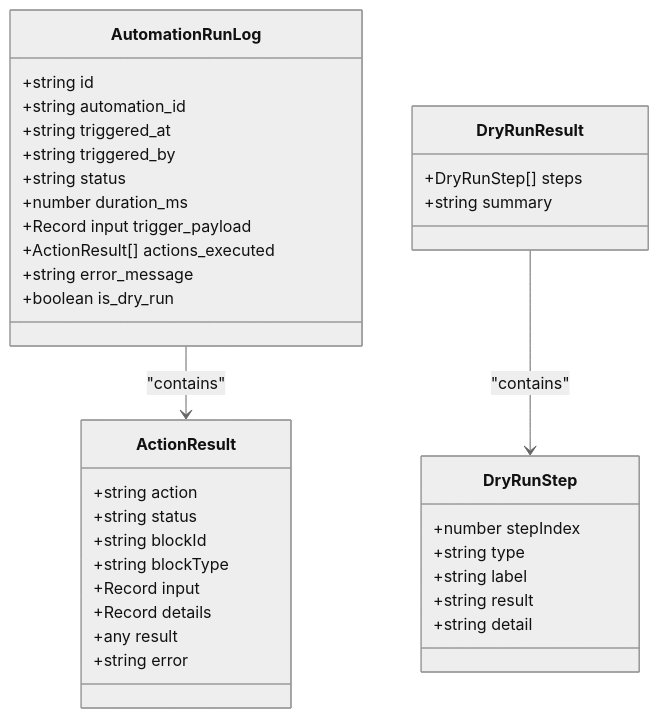
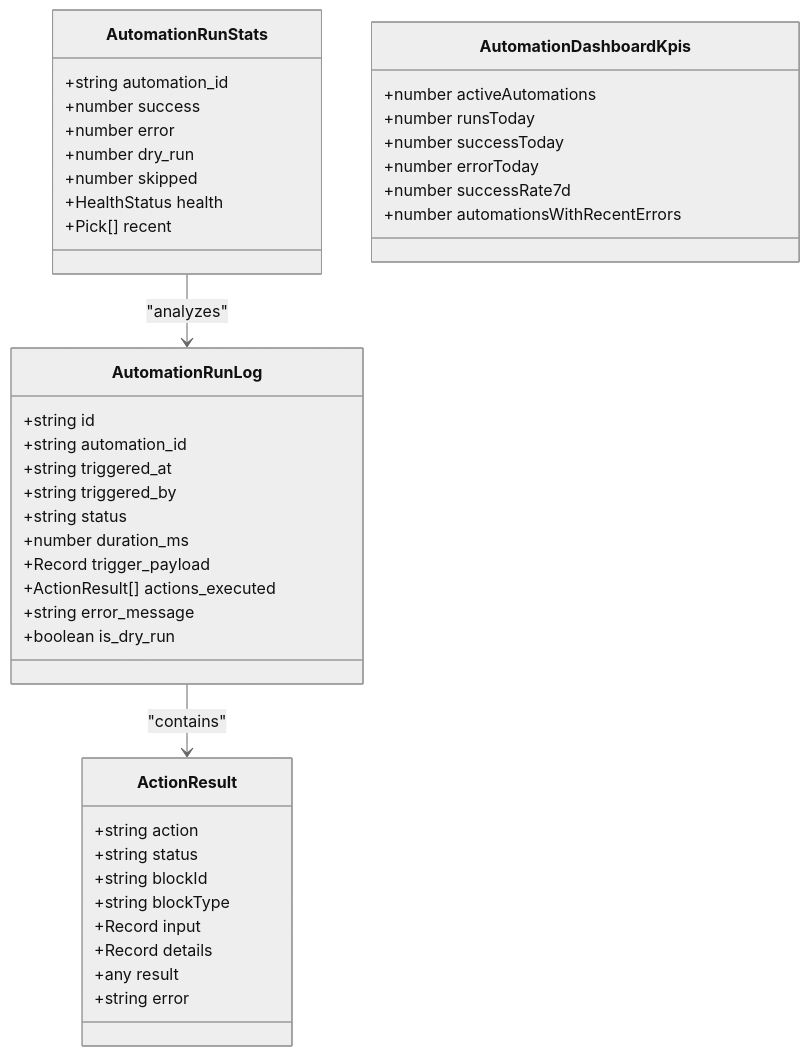
Before and after one commit to gastaldellomarco/pcReady: the fifth of 9 diagrams in .qoder/repowiki/en/content/Automation System/Automation Monitoring and Logs.md, drawn with Mermaid (neutral theme). The commit also changed other lines of this file and 19 other files, not shown here.

First line of the commit message:
feat(automation): enhance Automation Flow Builder with dual-mode design and advanced UI

````diff
--- a/.qoder/repowiki/en/content/Automation System/Automation Monitoring and Logs.md
+++ b/.qoder/repowiki/en/content/Automation System/Automation Monitoring and Logs.md
@@ -143,38 +267,44 @@
 ```mermaid
 classDiagram
 class AutomationRunLog {
 +string id
 +string automation_id
 +string triggered_at
 +string triggered_by
 +string status
 +number duration_ms
-+Record input trigger_payload
++Record trigger_payload
 +ActionResult[] actions_executed
 +string error_message
 +boolean is_dry_run
 }
 class ActionResult {
 +string action
 +string status
 +string blockId
 +string blockType
 +Record input
 +Record details
 +any result
 +string error
 }
-class DryRunResult {
-+DryRunStep[] steps
-+string summary
+class AutomationRunStats {
++string automation_id
++number success
++number error
++number dry_run
++number skipped
++HealthStatus health
++Pick[] recent
 }
-class DryRunStep {
-+number stepIndex
-+string type
-+string label
-+string result
-+string detail
+class AutomationDashboardKpis {
++number activeAutomations
++number runsToday
++number successToday
++number errorToday
++number successRate7d
++number automationsWithRecentErrors
 }
 AutomationRunLog --> ActionResult : "contains"
-DryRunResult --> DryRunStep : "contains"
+AutomationRunStats --> AutomationRunLog : "analyzes"
 ```
````
